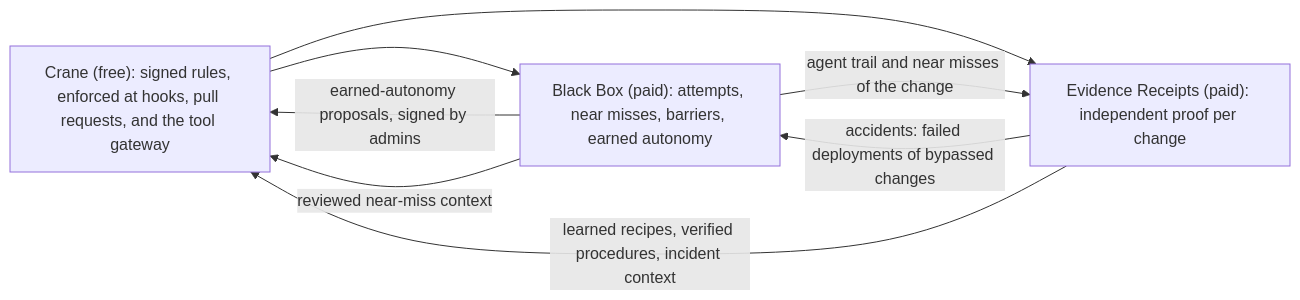
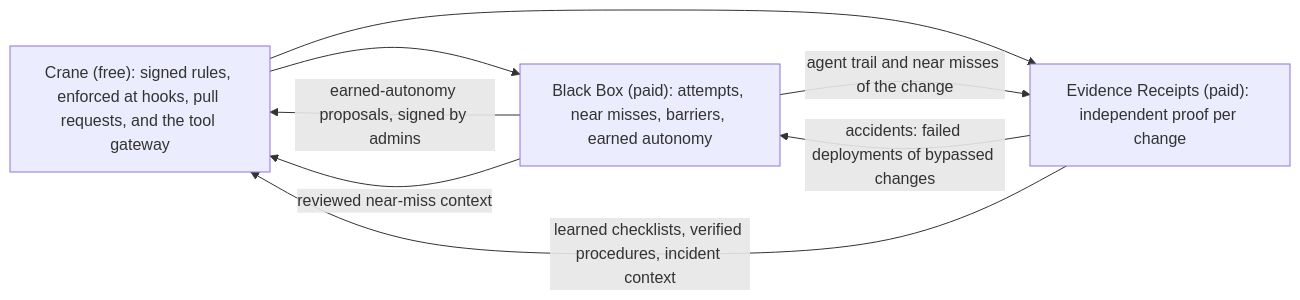
The diagram in docs/products/strategy.md (Landscape-Of-Agents/Landscape), drawn with Mermaid before and after one commit. The commit also changed other lines of this file and 52 other files, not shown here.

````diff
--- a/docs/products/strategy.md
+++ b/docs/products/strategy.md
@@ -376,10 +376,10 @@
 ```mermaid
 flowchart LR
   C["Crane (free): signed rules, enforced at hooks, pull requests, and the tool gateway"] --> B["Black Box (paid): attempts, near misses, barriers, earned autonomy"]
   C --> R["Evidence Receipts (paid): independent proof per change"]
   B -->|"agent trail and near misses of the change"| R
   R -->|"accidents: failed deployments of bypassed changes"| B
   B -->|"earned-autonomy proposals, signed by admins"| C
   B -->|"reviewed near-miss context"| C
-  R -->|"learned recipes, verified procedures, incident context"| C
+  R -->|"learned checklists, verified procedures, incident context"| C
 ```
````
